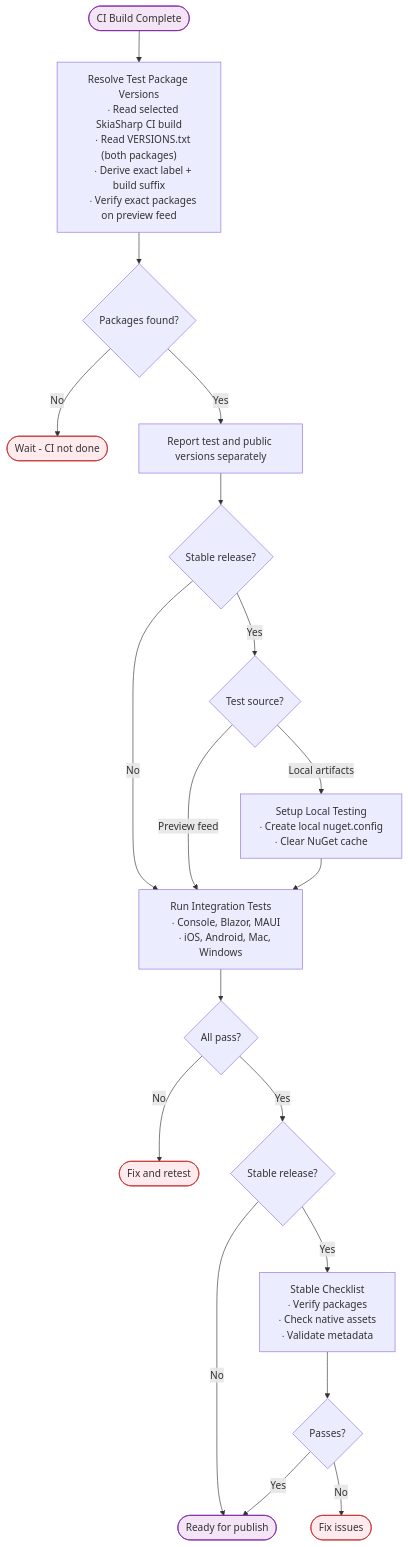
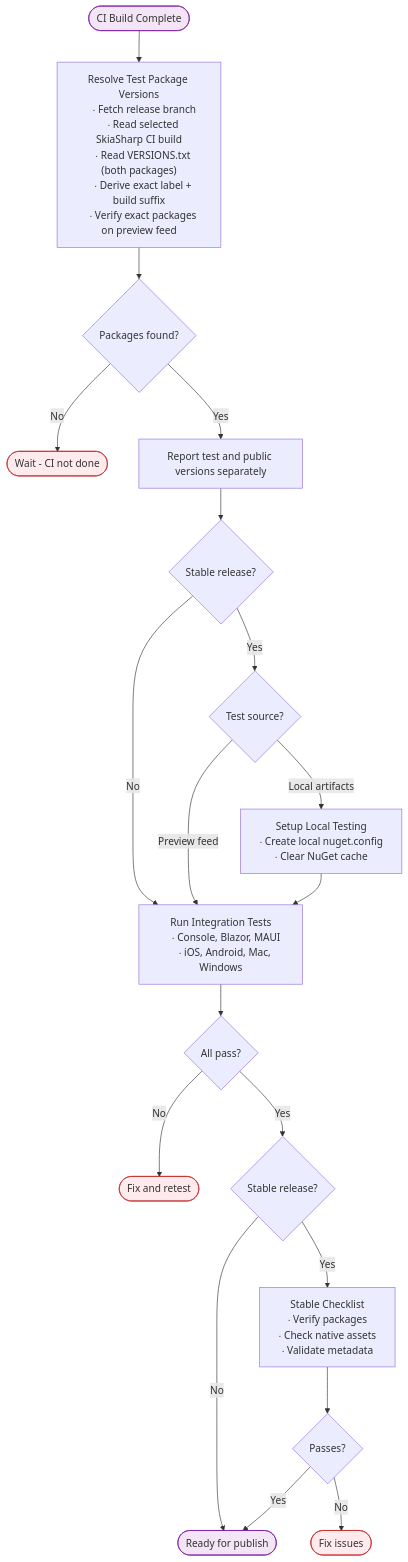
Before and after one commit to mono/SkiaSharp: the second of 3 diagrams in documentation/dev/releasing.md, drawn with Mermaid. The commit also changed 5 other files, not shown here.

````diff
--- a/documentation/dev/releasing.md
+++ b/documentation/dev/releasing.md
@@ -193,52 +193,53 @@
 ```mermaid
 flowchart TB
     START([CI Build Complete]) --> RESOLVE
     
     RESOLVE["Resolve Test Package Versions
+    ∙ Fetch release branch
     ∙ Read selected SkiaSharp CI build
     ∙ Read VERSIONS.txt (both packages)
     ∙ Derive exact label + build suffix
     ∙ Verify exact packages on preview feed"]
     
     RESOLVE --> FOUND{Packages found?}
     FOUND -->|No| WAIT([Wait - CI not done])
     FOUND -->|Yes| REPORT[Report test and public versions separately]
     
     REPORT --> STABLE{Stable release?}
     STABLE -->|No| TESTS
     STABLE -->|Yes| SOURCE{Test source?}
     
     SOURCE -->|Preview feed| TESTS
     SOURCE -->|Local artifacts| SETUP
     
     SETUP["Setup Local Testing
     ∙ Create local nuget.config
     ∙ Clear NuGet cache"]
     
     SETUP --> TESTS
     
     TESTS["Run Integration Tests
     ∙ Console, Blazor, MAUI
     ∙ iOS, Android, Mac, Windows"]
     
     TESTS --> RESULT{All pass?}
     RESULT -->|No| FIX([Fix and retest])
     RESULT -->|Yes| CHECK{Stable release?}
     
     CHECK -->|No| READY([Ready for publish])
     CHECK -->|Yes| CHECKLIST
     
     CHECKLIST["Stable Checklist
     ∙ Verify packages
     ∙ Check native assets
     ∙ Validate metadata"]
     
     CHECKLIST --> OK{Passes?}
     OK -->|No| FIX2([Fix issues])
     OK -->|Yes| READY
 
     classDef error fill:#ffebee,stroke:#c62828
     classDef endpoint fill:#f3e5f5,stroke:#7b1fa2
     class WAIT,FIX,FIX2 error
     class START,READY endpoint
 ```
````
